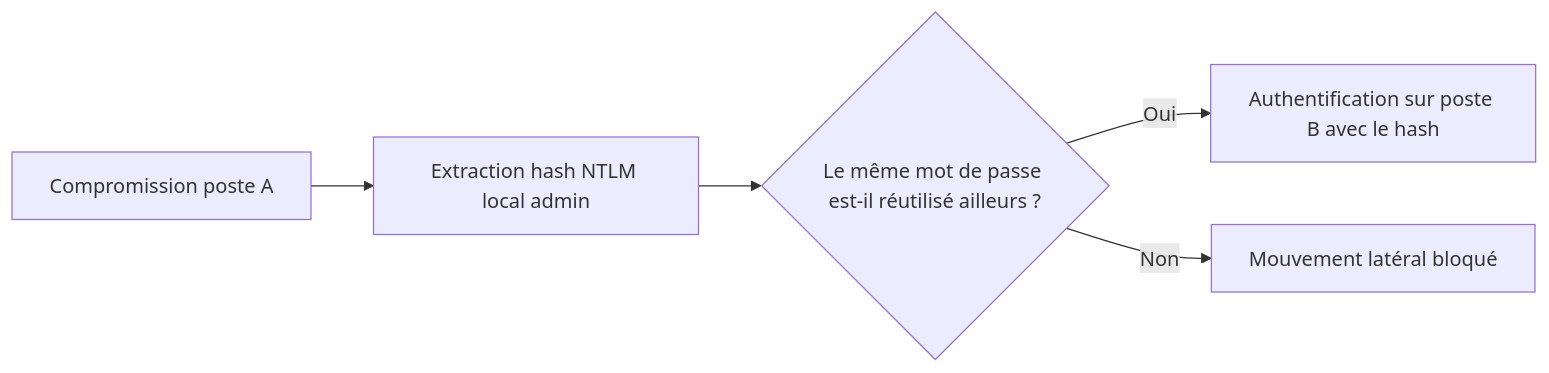
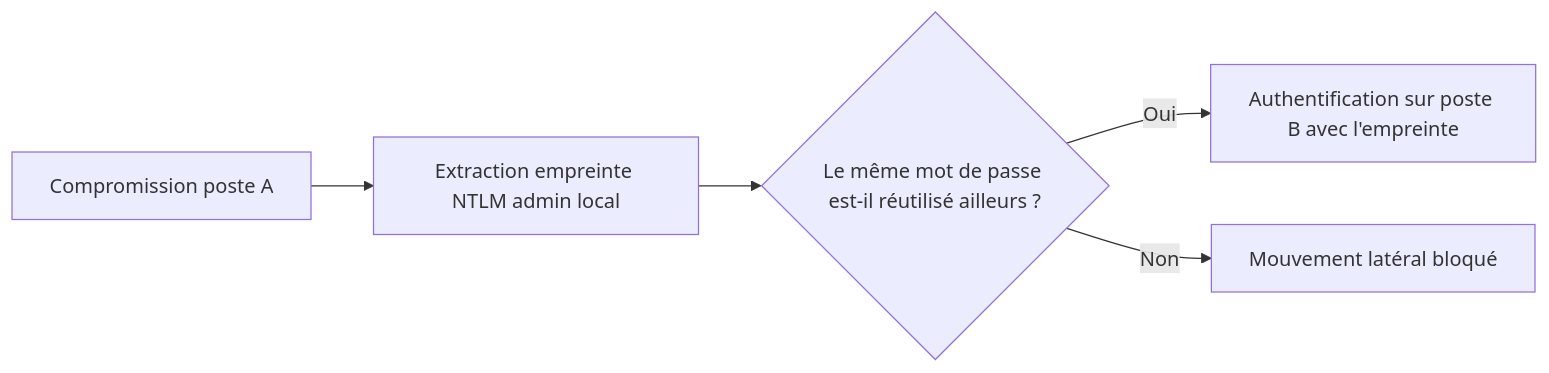
Before and after one commit to AureDulvresse/nyx: the diagram in content/courses/active-directory/04-mouvement-lateral.md, drawn with Mermaid. The commit also changed other lines of this file and 167 other files, not shown here.

````diff
--- a/content/courses/active-directory/04-mouvement-lateral.md
+++ b/content/courses/active-directory/04-mouvement-lateral.md
@@ -25,7 +28,7 @@
 ```mermaid
-graph LR
-    A[Compromission poste A] --> B[Extraction hash NTLM local admin]
-    B --> C{Le même mot de passe est-il réutilisé ailleurs ?}
-    C -->|Oui| D[Authentification sur poste B avec le hash]
-    C -->|Non| E[Mouvement latéral bloqué]
+flowchart LR
+    A["Compromission poste A"] --> B["Extraction empreinte NTLM admin local"]
+    B --> C{"Le même mot de passe est-il réutilisé ailleurs ?"}
+    C -->|"Oui"| D["Authentification sur poste B avec l'empreinte"]
+    C -->|"Non"| E["Mouvement latéral bloqué"]
 ```
````
